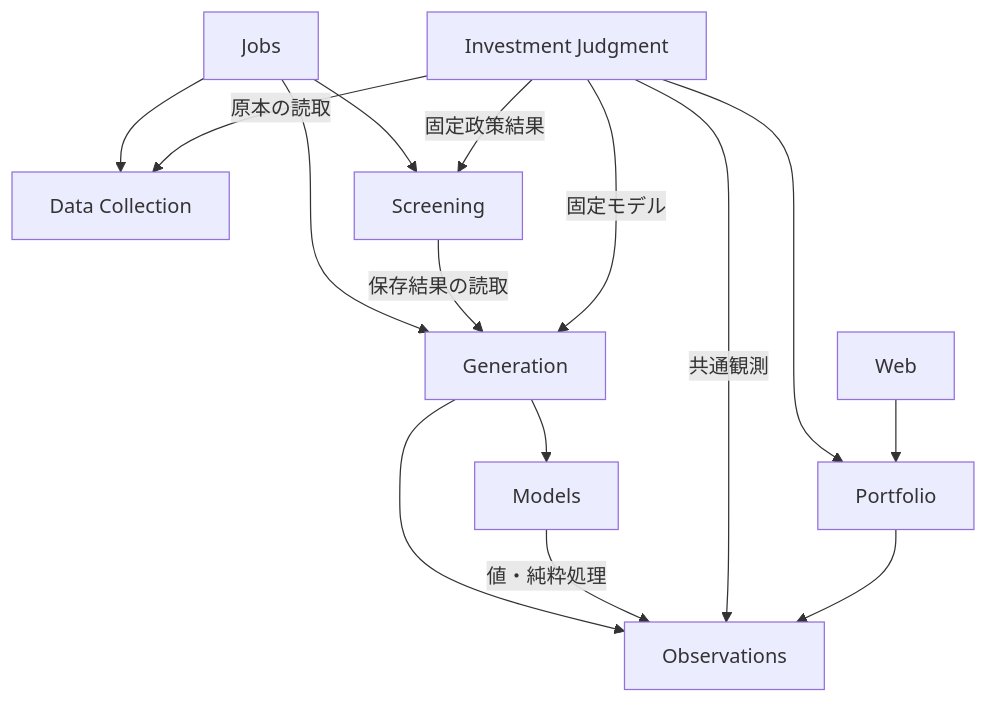
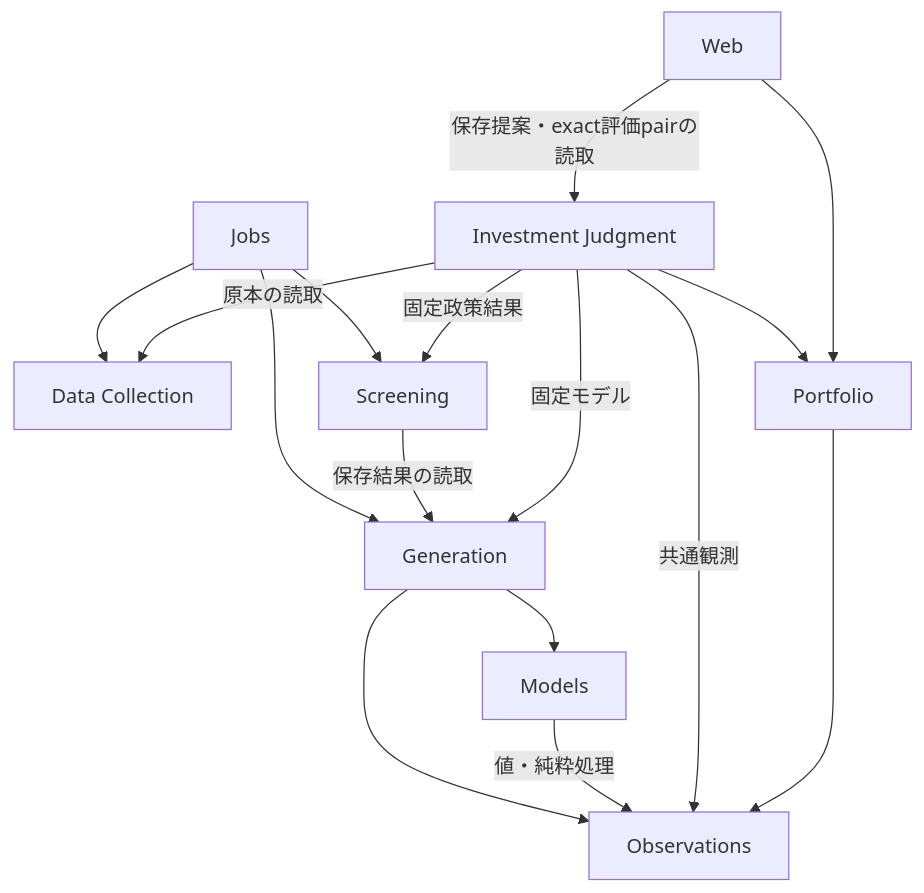
The second of 2 diagrams in docs/architecture.md (koumatsumoto/baibai-loop), drawn with Mermaid before and after one commit. The commit also changed other lines of this file and 34 other files, not shown here.

````diff
--- a/docs/architecture.md
+++ b/docs/architecture.md
@@ -50,17 +50,18 @@
 ```mermaid
 flowchart TB
     JOB[Jobs] --> C[Data Collection]
     JOB --> G[Generation]
     JOB --> S[Screening]
     G --> M[Models]
     G --> O[Observations]
     M -->|値・純粋処理| O
     S -->|保存結果の読取| G
     J[Investment Judgment] -->|固定モデル| G
     J -->|固定政策結果| S
     J -->|共通観測| O
     J -->|原本の読取| C
     J --> P[Portfolio]
     P --> O
     W[Web] --> P
+    W -->|保存提案・exact評価pairの読取| J
 ```
````
